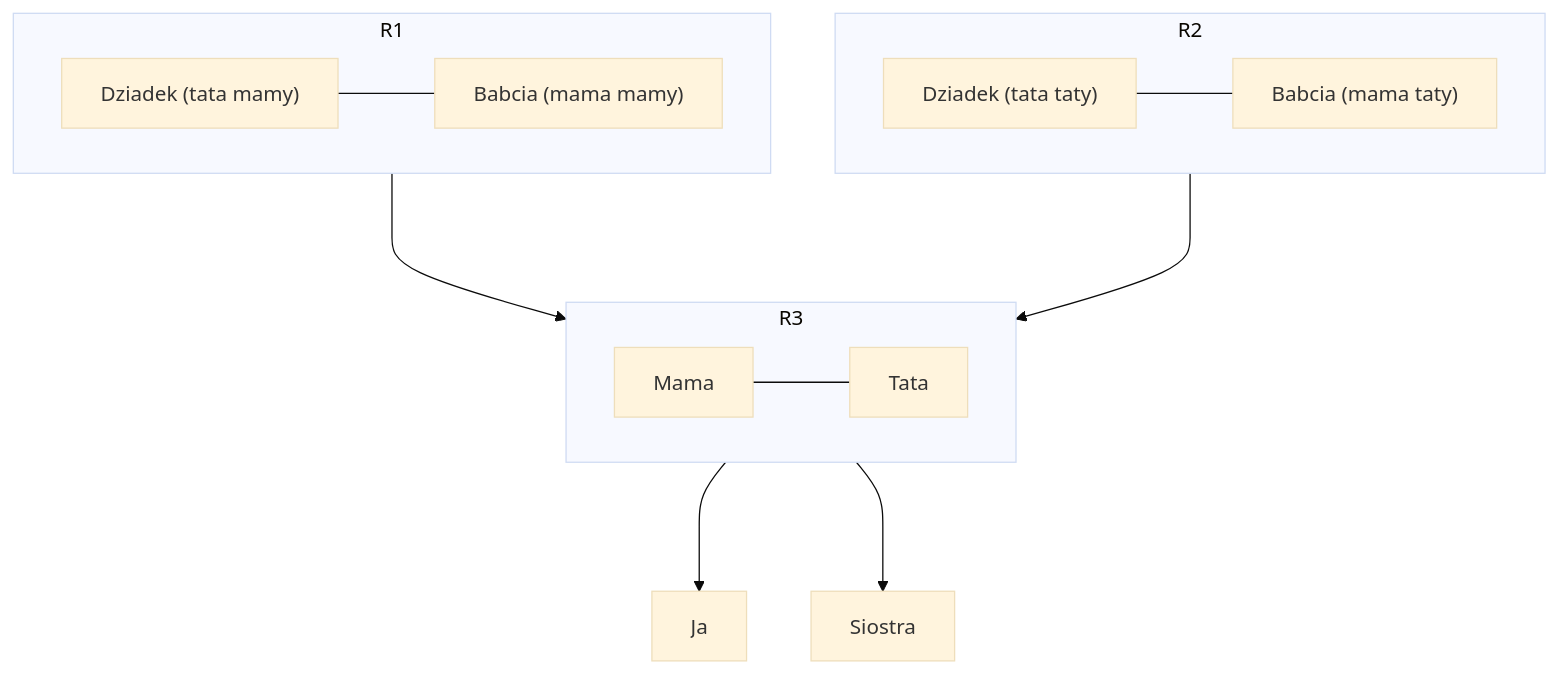
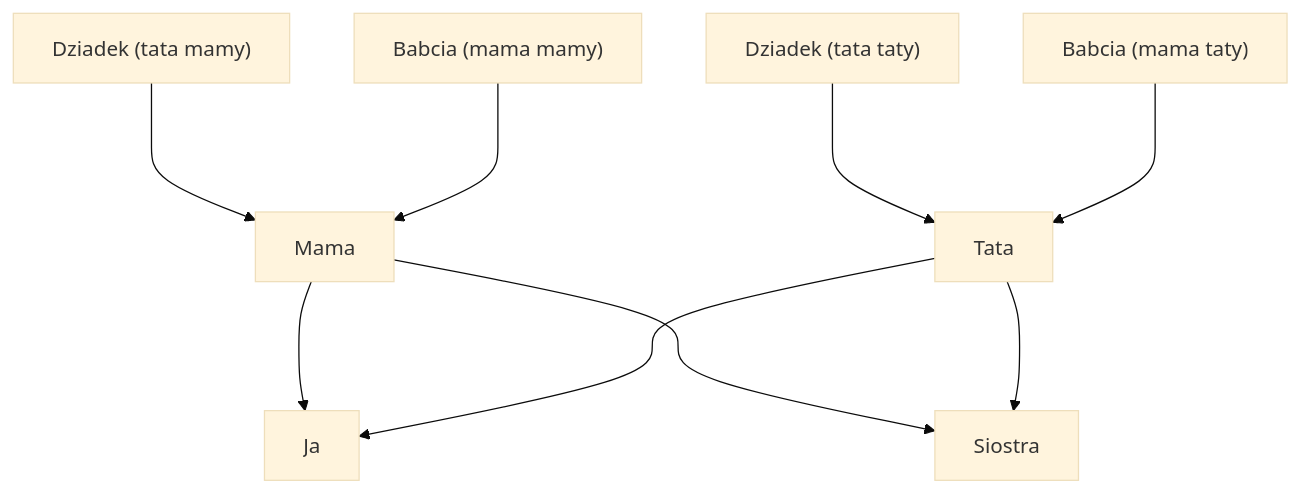
The diagram in README.md (bitowiec/drzewo), drawn with Mermaid (base theme) before and after one commit. The commit also changed 1 other file, not shown here.

Commit message:
wielokrotne laczenia nodow

````diff
--- a/README.md
+++ b/README.md
@@ -4,35 +4,13 @@
 ```mermaid
 flowchart TB
     %% Pokolenie dziadków
-    subgraph R1
-        direction LR
-        DziadekMM["Dziadek (tata mamy)"]
-        BabciaMM["Babcia (mama mamy)"]
-        DziadekMM --- BabciaMM
-    end    
-    subgraph R2
-        direction LR
-        DziadekMT["Dziadek (tata taty)"]
-        BabciaMT["Babcia (mama taty)"]
-        DziadekMT --- BabciaMT
-    end
+    DziadekMM["Dziadek (tata mamy)"] & BabciaMM["Babcia (mama mamy)"] ---> Mama["Mama"]
+    DziadekMT["Dziadek (tata taty)"] & BabciaMT["Babcia (mama taty)"] ---> Tata["Tata"]
 
     %% Pokolenie rodziców
-    subgraph R3
-        direction LR
-        Mama["Mama"]
-        Tata["Tata"]
-        Mama --- Tata
-    end    
-    R1 ---> Mama
-    R2 ---> Tata
-
-    %% Wy
-    Ja["Ja"]
-    R3 ---> Ja
-    Siostra["Siostra"]
-    R3 ---> Siostra
+    Mama & Tata ---> Ja["Ja"]
+    Mama & Tata ---> Siostra["Siostra"]
     
     click Ja "[Ja](people/ja.md)" _blank
 
 ```
````
